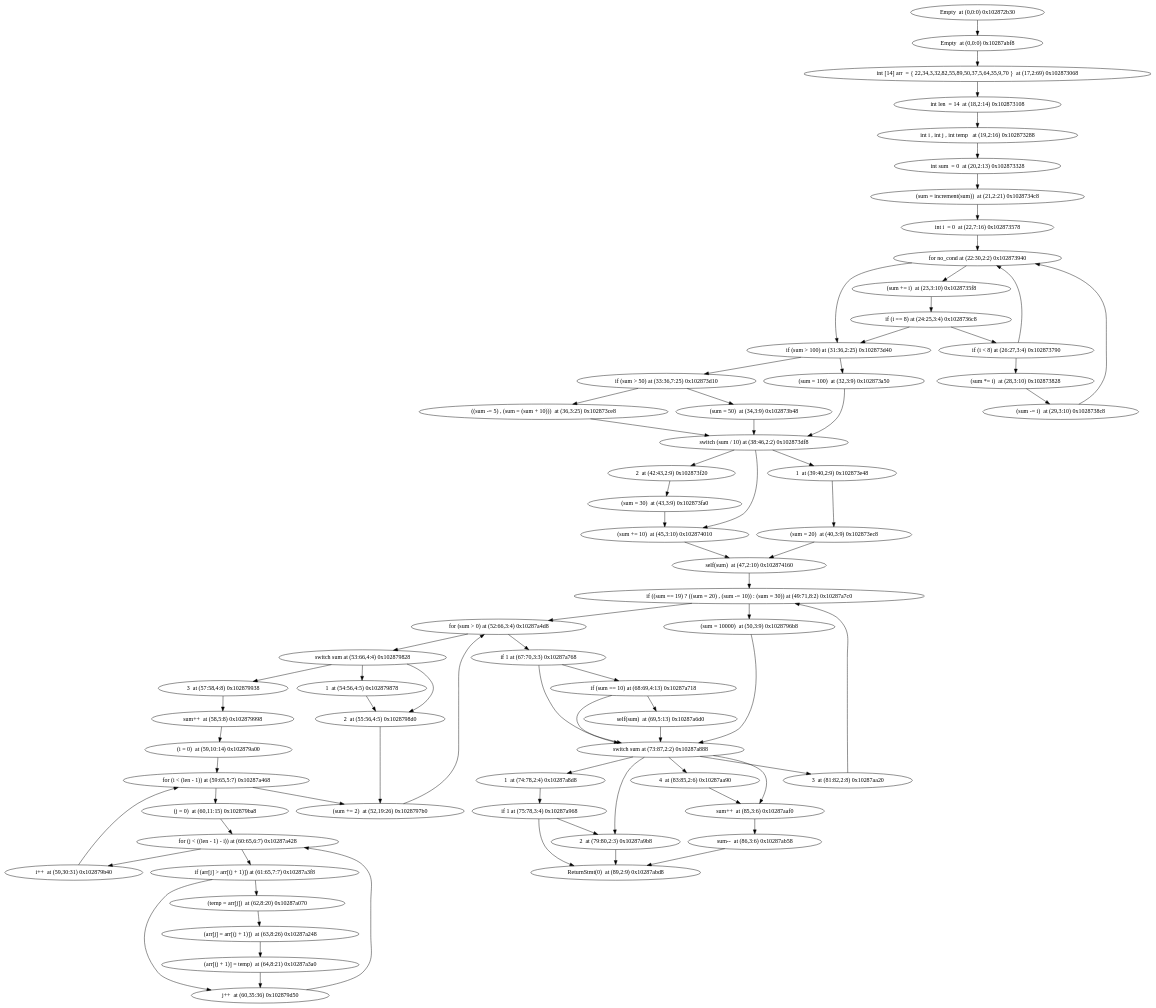
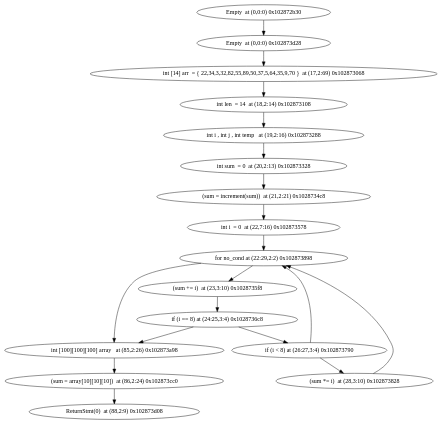
The diagram in ModelChecker/test.dot (jxw1102/Projet-merou), drawn with Graphviz before and after one commit. The commit also changed 5 other files, not shown here.

```diff
--- a/ModelChecker/test.dot
+++ b/ModelChecker/test.dot
@@ -1,79 +1,20 @@
 digraph {
-"Empty  at (0,0:0) 0x102872b30" -> "Empty  at (0,0:0) 0x10287abf8"
-"Empty  at (0,0:0) 0x10287abf8" -> "int [14] arr  = { 22,34,3,32,82,55,89,50,37,5,64,35,9,70 }  at (17,2:69) 0x102873068"
+"Empty  at (0,0:0) 0x102872b30" -> "Empty  at (0,0:0) 0x102873d28"
+"Empty  at (0,0:0) 0x102873d28" -> "int [14] arr  = { 22,34,3,32,82,55,89,50,37,5,64,35,9,70 }  at (17,2:69) 0x102873068"
 "int [14] arr  = { 22,34,3,32,82,55,89,50,37,5,64,35,9,70 }  at (17,2:69) 0x102873068" -> "int len  = 14  at (18,2:14) 0x102873108"
 "int len  = 14  at (18,2:14) 0x102873108" -> "int i , int j , int temp   at (19,2:16) 0x102873288"
 "int i , int j , int temp   at (19,2:16) 0x102873288" -> "int sum  = 0  at (20,2:13) 0x102873328"
 "int sum  = 0  at (20,2:13) 0x102873328" -> "(sum = increment(sum))  at (21,2:21) 0x1028734c8"
 "(sum = increment(sum))  at (21,2:21) 0x1028734c8" -> "int i  = 0  at (22,7:16) 0x102873578"
-"int i  = 0  at (22,7:16) 0x102873578" -> "for no_cond at (22:30,2:2) 0x102873940"
-"for no_cond at (22:30,2:2) 0x102873940" -> "if (sum > 100) at (31:36,2:25) 0x102873d40"
-"for no_cond at (22:30,2:2) 0x102873940" -> "(sum += i)  at (23,3:10) 0x1028735f8"
-"if (sum > 100) at (31:36,2:25) 0x102873d40" -> "(sum = 100)  at (32,3:9) 0x102873a50"
-"if (sum > 100) at (31:36,2:25) 0x102873d40" -> "if (sum > 50) at (33:36,7:25) 0x102873d10"
-"(sum = 100)  at (32,3:9) 0x102873a50" -> "switch (sum / 10) at (38:46,2:2) 0x102873df8"
-"switch (sum / 10) at (38:46,2:2) 0x102873df8" -> "1  at (39:40,2:9) 0x102873e48"
-"switch (sum / 10) at (38:46,2:2) 0x102873df8" -> "(sum += 10)  at (45,3:10) 0x102874010"
-"switch (sum / 10) at (38:46,2:2) 0x102873df8" -> "2  at (42:43,2:9) 0x102873f20"
-"1  at (39:40,2:9) 0x102873e48" -> "(sum = 20)  at (40,3:9) 0x102873ec8"
-"(sum = 20)  at (40,3:9) 0x102873ec8" -> "self(sum)  at (47,2:10) 0x102874160"
-"self(sum)  at (47,2:10) 0x102874160" -> "if ((sum == 19) ? ((sum = 20) , (sum -= 10)) : (sum = 30)) at (49:71,8:2) 0x10287a7c0"
-"if ((sum == 19) ? ((sum = 20) , (sum -= 10)) : (sum = 30)) at (49:71,8:2) 0x10287a7c0" -> "for (sum > 0) at (52:66,3:4) 0x10287a4d8"
-"if ((sum == 19) ? ((sum = 20) , (sum -= 10)) : (sum = 30)) at (49:71,8:2) 0x10287a7c0" -> "(sum = 10000)  at (50,3:9) 0x1028796b8"
-"for (sum > 0) at (52:66,3:4) 0x10287a4d8" -> "switch sum at (53:66,4:4) 0x102879828"
-"for (sum > 0) at (52:66,3:4) 0x10287a4d8" -> "if 1 at (67:70,3:3) 0x10287a768"
-"switch sum at (53:66,4:4) 0x102879828" -> "3  at (57:58,4:8) 0x102879938"
-"switch sum at (53:66,4:4) 0x102879828" -> "1  at (54:56,4:5) 0x102879878"
-"switch sum at (53:66,4:4) 0x102879828" -> "2  at (55:56,4:5) 0x1028798d0"
-"3  at (57:58,4:8) 0x102879938" -> "sum++  at (58,5:8) 0x102879998"
-"sum++  at (58,5:8) 0x102879998" -> "(i = 0)  at (59,10:14) 0x102879a00"
-"(i = 0)  at (59,10:14) 0x102879a00" -> "for (i < (len - 1)) at (59:65,5:7) 0x10287a468"
-"for (i < (len - 1)) at (59:65,5:7) 0x10287a468" -> "(j = 0)  at (60,11:15) 0x102879ba8"
-"for (i < (len - 1)) at (59:65,5:7) 0x10287a468" -> "(sum += 2)  at (52,19:26) 0x1028797b0"
-"(j = 0)  at (60,11:15) 0x102879ba8" -> "for (j < ((len - 1) - i)) at (60:65,6:7) 0x10287a428"
-"for (j < ((len - 1) - i)) at (60:65,6:7) 0x10287a428" -> "i++  at (59,30:31) 0x102879b40"
-"for (j < ((len - 1) - i)) at (60:65,6:7) 0x10287a428" -> "if (arr[j] > arr[(j + 1)]) at (61:65,7:7) 0x10287a3f8"
-"i++  at (59,30:31) 0x102879b40" -> "for (i < (len - 1)) at (59:65,5:7) 0x10287a468"
-"if (arr[j] > arr[(j + 1)]) at (61:65,7:7) 0x10287a3f8" -> "j++  at (60,35:36) 0x102879d50"
-"if (arr[j] > arr[(j + 1)]) at (61:65,7:7) 0x10287a3f8" -> "(temp = arr[j])  at (62,8:20) 0x10287a070"
-"j++  at (60,35:36) 0x102879d50" -> "for (j < ((len - 1) - i)) at (60:65,6:7) 0x10287a428"
-"(temp = arr[j])  at (62,8:20) 0x10287a070" -> "(arr[j] = arr[(j + 1)])  at (63,8:26) 0x10287a248"
-"(arr[j] = arr[(j + 1)])  at (63,8:26) 0x10287a248" -> "(arr[(j + 1)] = temp)  at (64,8:21) 0x10287a3a0"
-"(arr[(j + 1)] = temp)  at (64,8:21) 0x10287a3a0" -> "j++  at (60,35:36) 0x102879d50"
-"(sum += 2)  at (52,19:26) 0x1028797b0" -> "for (sum > 0) at (52:66,3:4) 0x10287a4d8"
-"1  at (54:56,4:5) 0x102879878" -> "2  at (55:56,4:5) 0x1028798d0"
-"2  at (55:56,4:5) 0x1028798d0" -> "(sum += 2)  at (52,19:26) 0x1028797b0"
-"if 1 at (67:70,3:3) 0x10287a768" -> "switch sum at (73:87,2:2) 0x10287a888"
-"if 1 at (67:70,3:3) 0x10287a768" -> "if (sum == 10) at (68:69,4:13) 0x10287a718"
-"switch sum at (73:87,2:2) 0x10287a888" -> "4  at (83:85,2:6) 0x10287aa90"
-"switch sum at (73:87,2:2) 0x10287a888" -> "2  at (79:80,2:3) 0x10287a9b8"
-"switch sum at (73:87,2:2) 0x10287a888" -> "3  at (81:82,2:8) 0x10287aa20"
-"switch sum at (73:87,2:2) 0x10287a888" -> "1  at (74:78,2:4) 0x10287a8d8"
-"switch sum at (73:87,2:2) 0x10287a888" -> "sum++  at (85,3:6) 0x10287aaf0"
-"4  at (83:85,2:6) 0x10287aa90" -> "sum++  at (85,3:6) 0x10287aaf0"
-"sum++  at (85,3:6) 0x10287aaf0" -> "sum--  at (86,3:6) 0x10287ab58"
-"sum--  at (86,3:6) 0x10287ab58" -> "ReturnStmt(0)  at (89,2:9) 0x10287abd8"
-"2  at (79:80,2:3) 0x10287a9b8" -> "ReturnStmt(0)  at (89,2:9) 0x10287abd8"
-"3  at (81:82,2:8) 0x10287aa20" -> "if ((sum == 19) ? ((sum = 20) , (sum -= 10)) : (sum = 30)) at (49:71,8:2) 0x10287a7c0"
-"1  at (74:78,2:4) 0x10287a8d8" -> "if 1 at (75:78,3:4) 0x10287a968"
-"if 1 at (75:78,3:4) 0x10287a968" -> "2  at (79:80,2:3) 0x10287a9b8"
-"if 1 at (75:78,3:4) 0x10287a968" -> "ReturnStmt(0)  at (89,2:9) 0x10287abd8"
-"if (sum == 10) at (68:69,4:13) 0x10287a718" -> "switch sum at (73:87,2:2) 0x10287a888"
-"if (sum == 10) at (68:69,4:13) 0x10287a718" -> "self(sum)  at (69,5:13) 0x10287a6d0"
-"self(sum)  at (69,5:13) 0x10287a6d0" -> "switch sum at (73:87,2:2) 0x10287a888"
-"(sum = 10000)  at (50,3:9) 0x1028796b8" -> "switch sum at (73:87,2:2) 0x10287a888"
-"(sum += 10)  at (45,3:10) 0x102874010" -> "self(sum)  at (47,2:10) 0x102874160"
-"2  at (42:43,2:9) 0x102873f20" -> "(sum = 30)  at (43,3:9) 0x102873fa0"
-"(sum = 30)  at (43,3:9) 0x102873fa0" -> "(sum += 10)  at (45,3:10) 0x102874010"
-"if (sum > 50) at (33:36,7:25) 0x102873d10" -> "((sum -= 5) , (sum = (sum + 10)))  at (36,3:25) 0x102873ce8"
-"if (sum > 50) at (33:36,7:25) 0x102873d10" -> "(sum = 50)  at (34,3:9) 0x102873b48"
-"((sum -= 5) , (sum = (sum + 10)))  at (36,3:25) 0x102873ce8" -> "switch (sum / 10) at (38:46,2:2) 0x102873df8"
-"(sum = 50)  at (34,3:9) 0x102873b48" -> "switch (sum / 10) at (38:46,2:2) 0x102873df8"
+"int i  = 0  at (22,7:16) 0x102873578" -> "for no_cond at (22:29,2:2) 0x102873898"
+"for no_cond at (22:29,2:2) 0x102873898" -> "(sum += i)  at (23,3:10) 0x1028735f8"
+"for no_cond at (22:29,2:2) 0x102873898" -> "int [100][100][100] array   at (85,2:26) 0x102873a98"
 "(sum += i)  at (23,3:10) 0x1028735f8" -> "if (i == 8) at (24:25,3:4) 0x1028736c8"
-"if (i == 8) at (24:25,3:4) 0x1028736c8" -> "if (sum > 100) at (31:36,2:25) 0x102873d40"
 "if (i == 8) at (24:25,3:4) 0x1028736c8" -> "if (i < 8) at (26:27,3:4) 0x102873790"
-"if (i < 8) at (26:27,3:4) 0x102873790" -> "for no_cond at (22:30,2:2) 0x102873940"
+"if (i == 8) at (24:25,3:4) 0x1028736c8" -> "int [100][100][100] array   at (85,2:26) 0x102873a98"
+"if (i < 8) at (26:27,3:4) 0x102873790" -> "for no_cond at (22:29,2:2) 0x102873898"
 "if (i < 8) at (26:27,3:4) 0x102873790" -> "(sum *= i)  at (28,3:10) 0x102873828"
-"(sum *= i)  at (28,3:10) 0x102873828" -> "(sum -= i)  at (29,3:10) 0x1028738c8"
-"(sum -= i)  at (29,3:10) 0x1028738c8" -> "for no_cond at (22:30,2:2) 0x102873940"
+"(sum *= i)  at (28,3:10) 0x102873828" -> "for no_cond at (22:29,2:2) 0x102873898"
+"int [100][100][100] array   at (85,2:26) 0x102873a98" -> "(sum = array[10][10][10])  at (86,2:24) 0x102873cc0"
+"(sum = array[10][10][10])  at (86,2:24) 0x102873cc0" -> "ReturnStmt(0)  at (88,2:9) 0x102873d08"
 }
```
